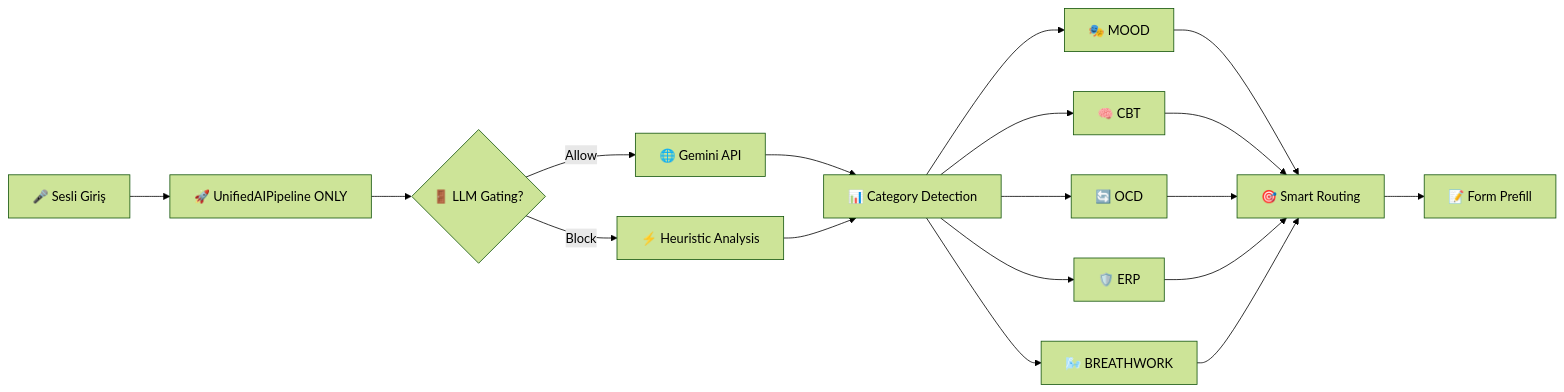
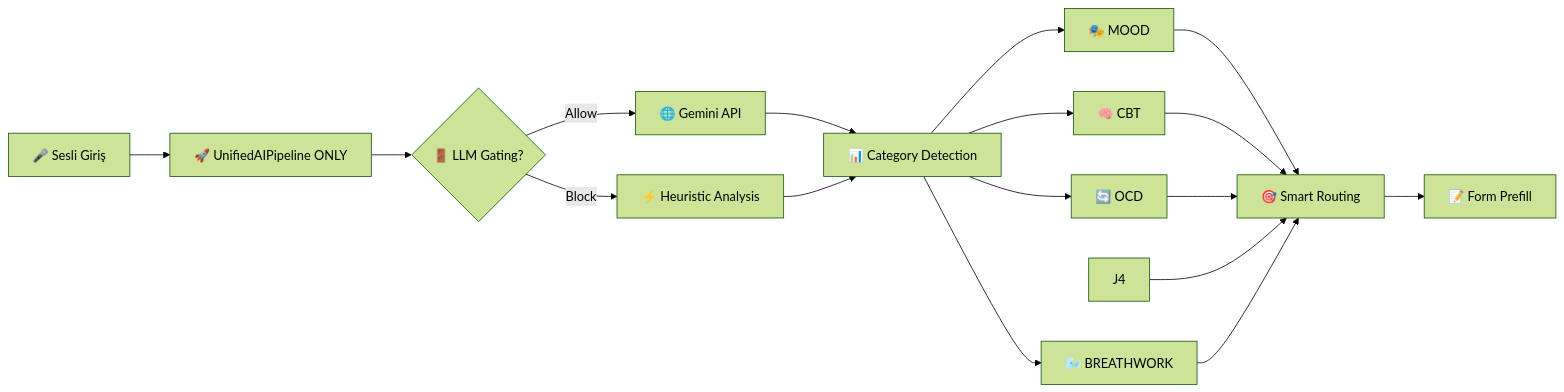
The first of 8 diagrams in docs/AI_FEATURES_TODAY_SCREEN.md (adilyoltay/obsessless-mobile-app), drawn with Mermaid (forest theme) before and after one commit. The commit also changed other lines of this file and 6 other files, not shown here.

````diff
--- a/docs/AI_FEATURES_TODAY_SCREEN.md
+++ b/docs/AI_FEATURES_TODAY_SCREEN.md
@@ -23,20 +23,20 @@
 ```mermaid
 graph LR
     A[🎤 Sesli Giriş] --> B[🚀 UnifiedAIPipeline ONLY]
     B --> C{🚪 LLM Gating?}
     C -->|Allow| G[🌐 Gemini API]
     C -->|Block| H[⚡ Heuristic Analysis]
     G --> I[📊 Category Detection]
     H --> I
     I --> J1[🎭 MOOD] 
     I --> J2[🧠 CBT]
     I --> J3[🔄 OCD]
-    I --> J4[🛡️ ERP]
+
     I --> J5[🌬️ BREATHWORK]
     J1 --> K[🎯 Smart Routing]
     J2 --> K
     J3 --> K
     J4 --> K
     J5 --> K
     K --> L[📝 Form Prefill]
 ```
````
